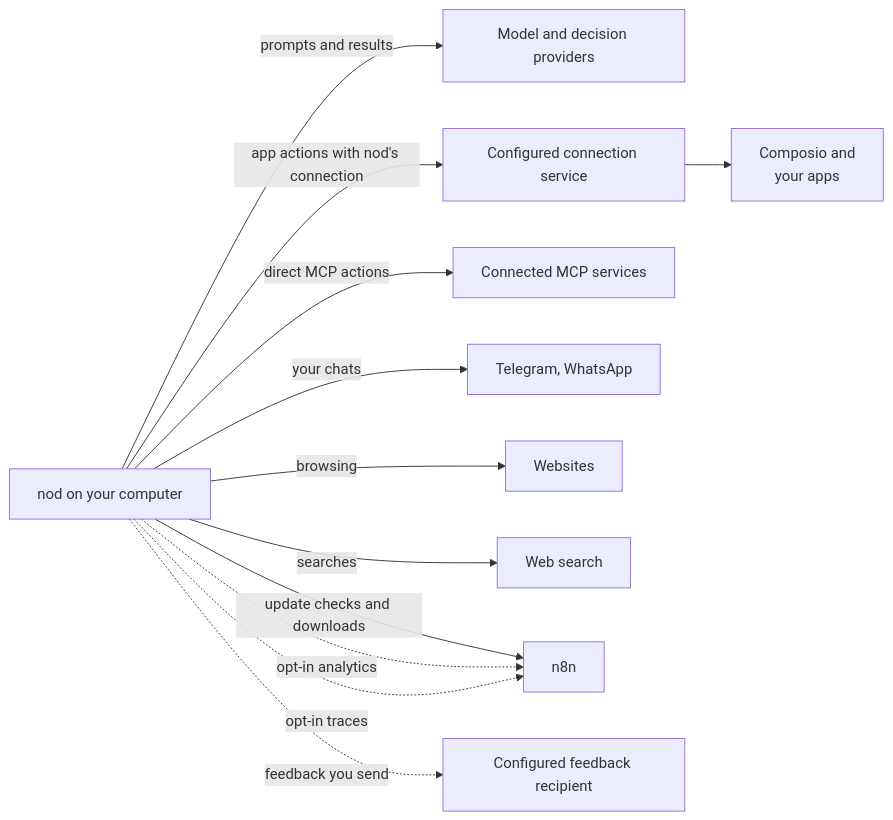
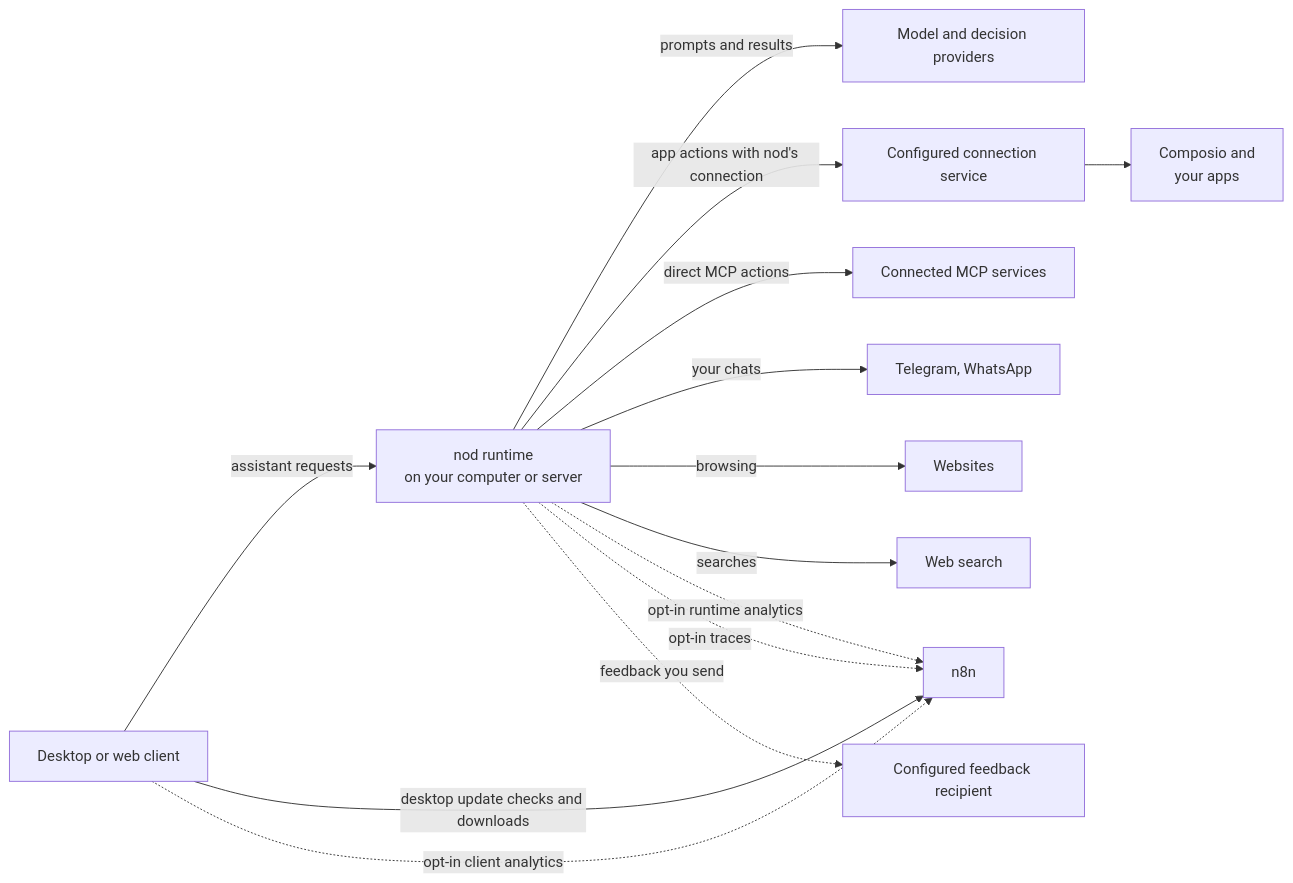
Before and after one commit to KrishBhimani/nod: the diagram in docs/src/content/docs/trust/privacy.md, drawn with Mermaid. The commit also changed other lines of this file and 135 other files, not shown here.

````diff
--- a/docs/src/content/docs/trust/privacy.md
+++ b/docs/src/content/docs/trust/privacy.md
@@ -33,15 +39,17 @@
 ```mermaid
 flowchart LR
-  nod[nod on your computer]:::accent
+  client[Desktop or web client]:::accent
+  client -- assistant requests --> nod["nod runtime<br/>on your computer or server"]:::accent
   nod -- prompts and results --> model[Model and decision providers]
   nod -- app actions with nod's connection --> managed["Configured connection service"]
   managed --> apps[Composio and<br/>your apps]
   nod -- direct MCP actions --> mcp[Connected MCP services]
   nod -- your chats --> chat[Telegram, WhatsApp]
   nod -- browsing --> web[Websites]
   nod -- searches --> search[Web search]
-  nod -- update checks and downloads --> n8n[n8n]:::muted
-  nod -. opt-in analytics .-> n8n[n8n]:::muted
+  client -- desktop update checks and downloads --> n8n[n8n]:::muted
+  client -. opt-in client analytics .-> n8n
+  nod -. opt-in runtime analytics .-> n8n
   nod -. opt-in traces .-> n8n[n8n]:::muted
   nod -. feedback you send .-> feedback[Configured feedback recipient]:::muted
 ```
````
